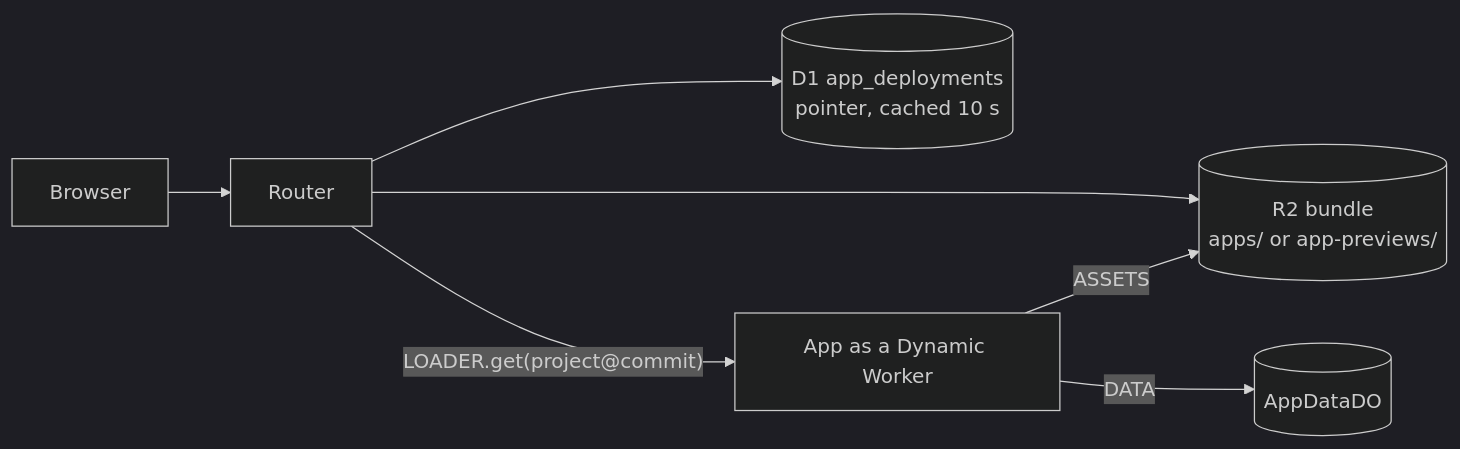
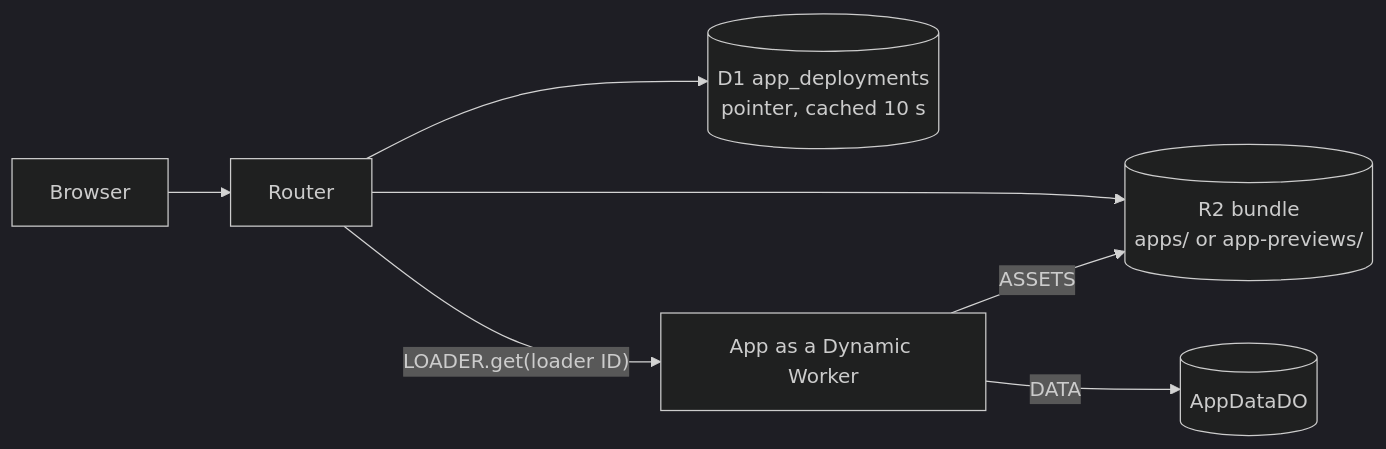
One commit to nsudhanva/rhumbatron changed the first of 2 diagrams in docs/architecture/live-apps.md. Above: the diagram before and after it, drawn with Mermaid (dark theme). The commit also changed other lines of this file and 47 other files, not shown here.

````diff
--- a/docs/architecture/live-apps.md
+++ b/docs/architecture/live-apps.md
@@ -48,9 +52,9 @@
 ```mermaid
 flowchart LR
   USER["Browser"] --> R["Router"]
   R --> P[("D1 app_deployments<br/>pointer, cached 10 s")]
   R --> B[("R2 bundle<br/>apps/ or app-previews/")]
-  R -->|"LOADER.get(project@commit)"| DW["App as a Dynamic Worker"]
+  R -->|"LOADER.get(loader ID)"| DW["App as a Dynamic Worker"]
   DW -->|"ASSETS"| B
   DW -->|"DATA"| DO[("AppDataDO")]
 ```
````
